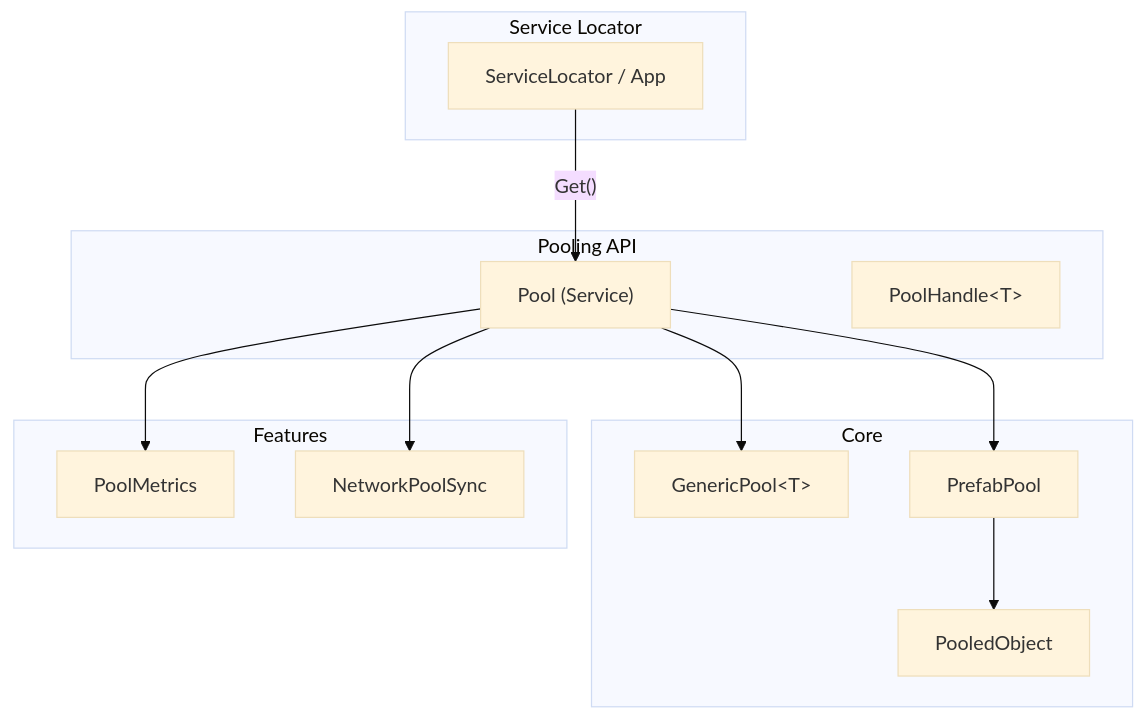
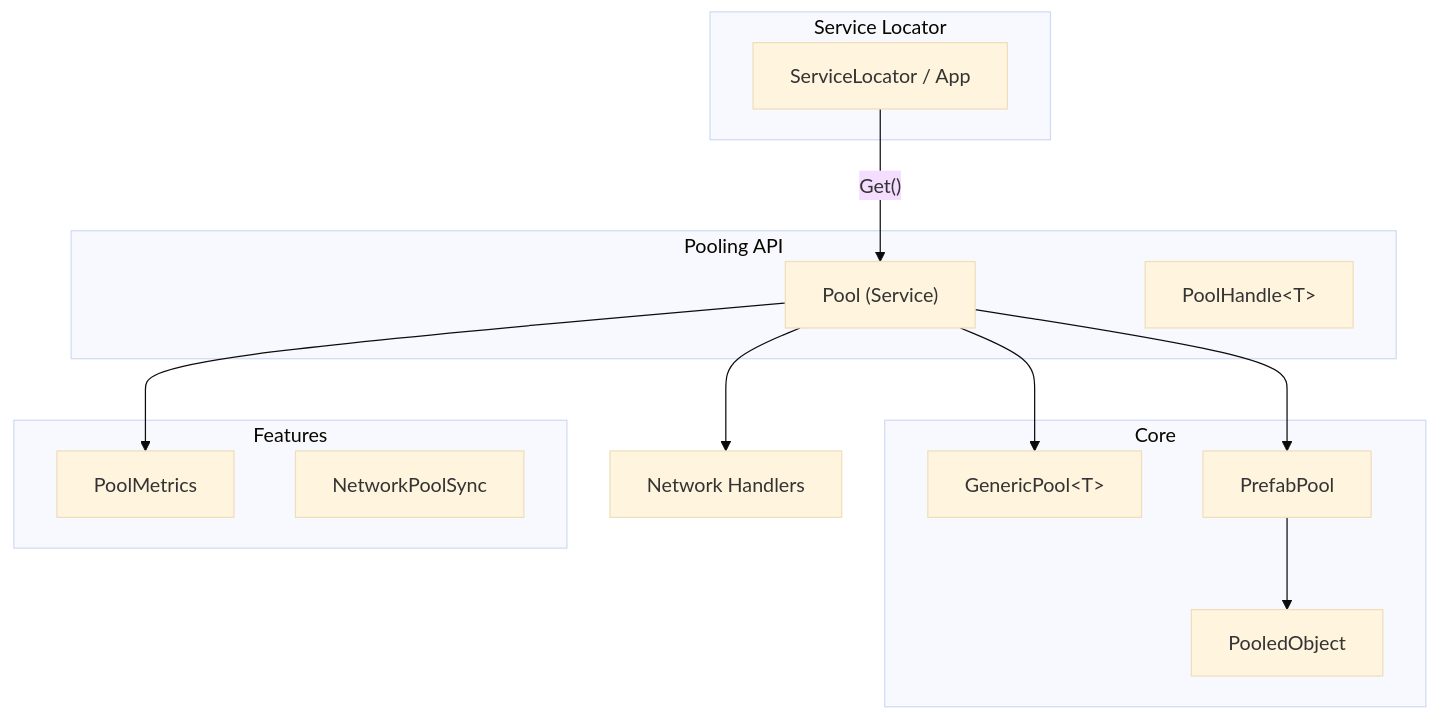
Before and after one commit to eraflo/Catalyst: the diagram in Documentation~/Modules/Pooling.md, drawn with Mermaid (base theme). The commit also changed other lines of this file and 38 other files, not shown here.

````diff
--- a/Documentation~/Modules/Pooling.md
+++ b/Documentation~/Modules/Pooling.md
@@ -33,29 +33,29 @@
 ```mermaid
 graph TB
     subgraph "Service Locator"
         SL["ServiceLocator / App"]
     end
 
     subgraph "Pooling API"
         PF["Pool (Service)"]
         PH["PoolHandle&lt;T&gt;"]
     end
 
     subgraph "Core"
         GP["GenericPool&lt;T&gt;"]
         PP["PrefabPool"]
         PO["PooledObject"]
     end
 
     subgraph "Features"
         PM["PoolMetrics"]
         NPS["NetworkPoolSync"]
     end
 
     SL -- "Get<Pool>()" --> PF
     PF --> GP
     PF --> PP
     PP --> PO
     PF --> PM
-    PF --> NPS
+    PF --> PHL["Network Handlers"]
 ```
````
